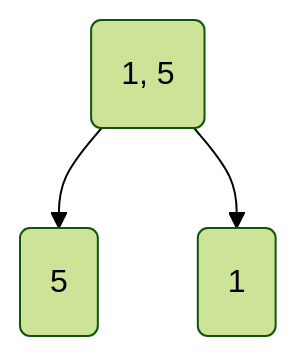
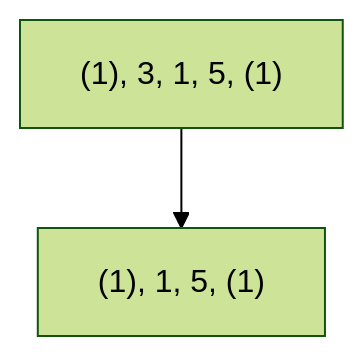
Before and after one commit to sylhare/sylhare.github.io: the third of 5 diagrams in _posts/2025/2025-07-29-bursting-balloons.md, drawn with Mermaid (forest theme). The commit also changed other lines of this file and 1 other file, not shown here.

````diff
--- a/_posts/2025/2025-07-29-bursting-balloons.md
+++ b/_posts/2025/2025-07-29-bursting-balloons.md
@@ -178,5 +183,4 @@
 ```mermaid
 graph TD
-    B(1, 5) --> F(5)
-    B --> E(1)
+    A1["(1), 3, 1, 5, (1)"] --> C1["(1), 1, 5, (1)"]
 ```
````
